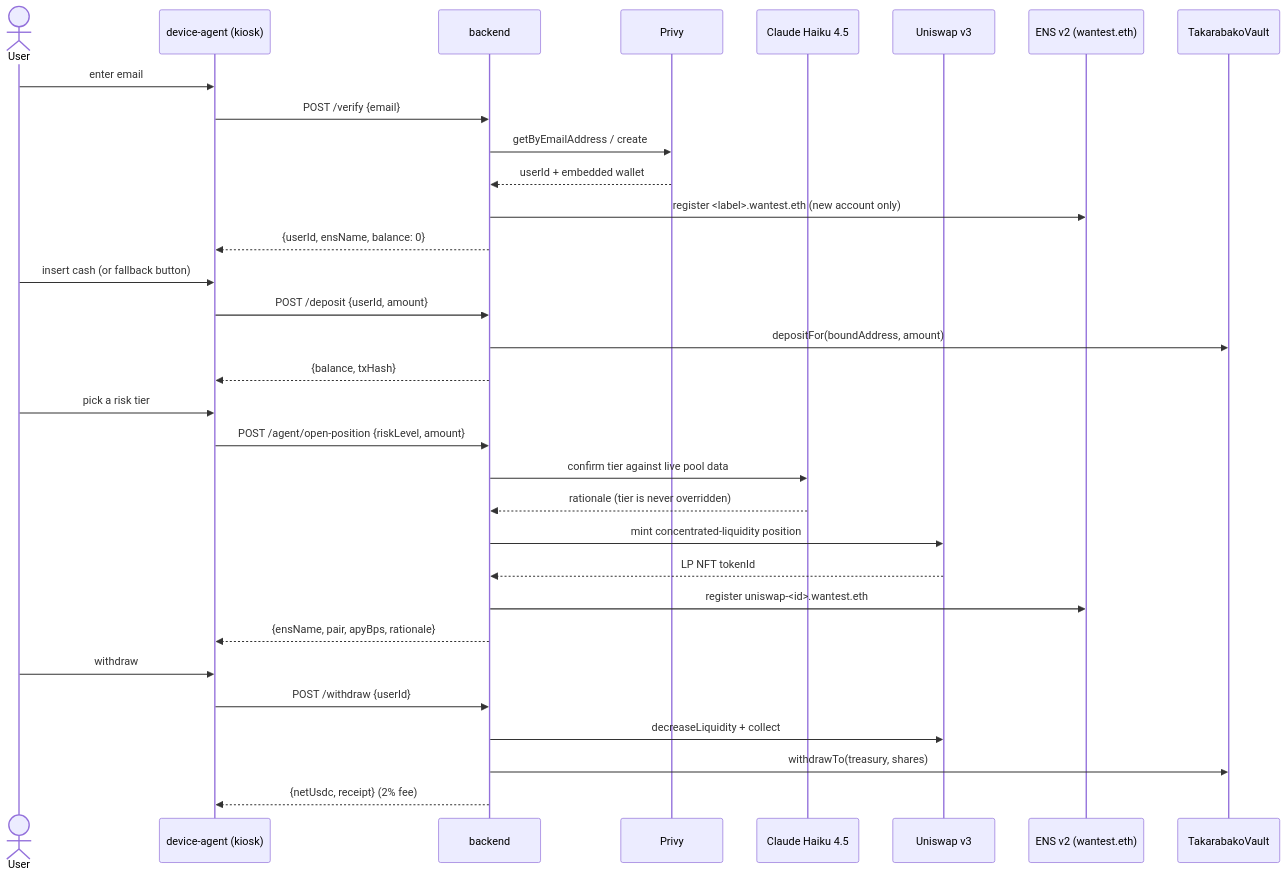
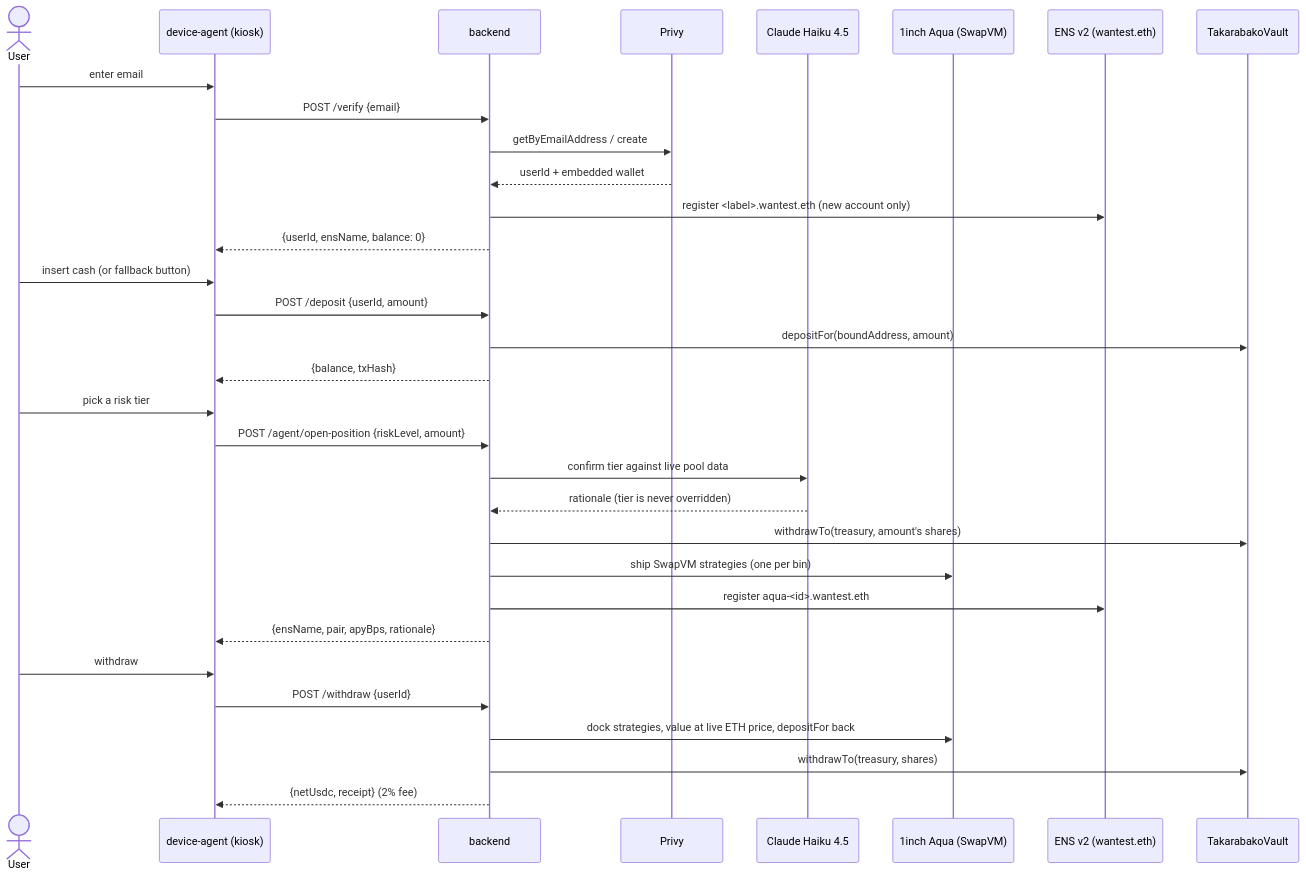
Before and after one commit to AqilJaafree/takarabako: the second of 2 diagrams in README.md, drawn with Mermaid. The commit also changed other lines of this file and 2 other files, not shown here.

First line of the commit message:
Document the 1inch Aqua yield

````diff
--- a/README.md
+++ b/README.md
@@ -124,38 +154,38 @@
 ```mermaid
 sequenceDiagram
     actor User
     participant Kiosk as device-agent (kiosk)
     participant API as backend
     participant Privy
     participant Claude as Claude Haiku 4.5
-    participant Uniswap as Uniswap v3
+    participant Aqua as 1inch Aqua (SwapVM)
     participant ENS as ENS v2 (wantest.eth)
     participant Vault as TakarabakoVault
 
     User->>Kiosk: enter email
     Kiosk->>API: POST /verify {email}
     API->>Privy: getByEmailAddress / create
     Privy-->>API: userId + embedded wallet
     API->>ENS: register <label>.wantest.eth (new account only)
     API-->>Kiosk: {userId, ensName, balance: 0}
 
     User->>Kiosk: insert cash (or fallback button)
     Kiosk->>API: POST /deposit {userId, amount}
     API->>Vault: depositFor(boundAddress, amount)
     API-->>Kiosk: {balance, txHash}
 
     User->>Kiosk: pick a risk tier
     Kiosk->>API: POST /agent/open-position {riskLevel, amount}
     API->>Claude: confirm tier against live pool data
     Claude-->>API: rationale (tier is never overridden)
-    API->>Uniswap: mint concentrated-liquidity position
-    Uniswap-->>API: LP NFT tokenId
-    API->>ENS: register uniswap-<id>.wantest.eth
+    API->>Vault: withdrawTo(treasury, amount's shares)
+    API->>Aqua: ship SwapVM strategies (one per bin)
+    API->>ENS: register aqua-<id>.wantest.eth
     API-->>Kiosk: {ensName, pair, apyBps, rationale}
 
     User->>Kiosk: withdraw
     Kiosk->>API: POST /withdraw {userId}
-    API->>Uniswap: decreaseLiquidity + collect
+    API->>Aqua: dock strategies, value at live ETH price, depositFor back
     API->>Vault: withdrawTo(treasury, shares)
     API-->>Kiosk: {netUsdc, receipt} (2% fee)
 ```
````
